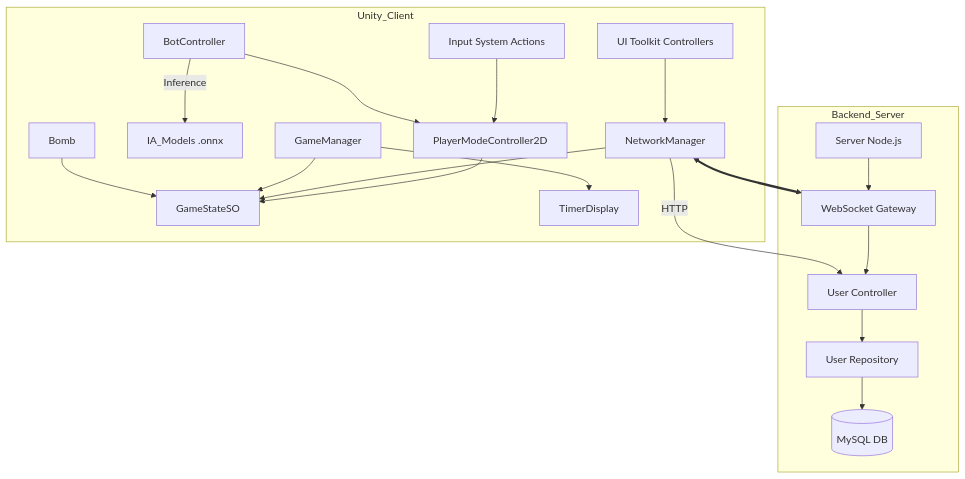
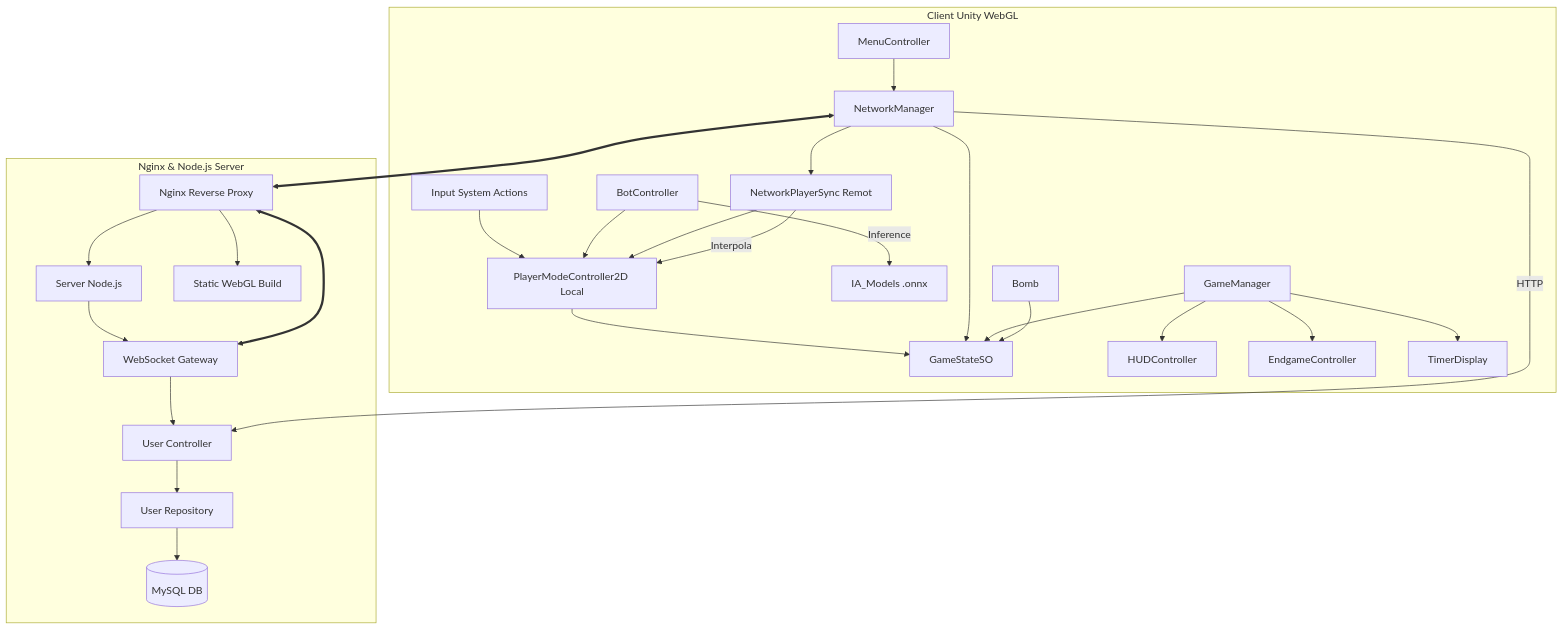
Before and after one commit to inspedralbes/tr3-joc-tr-3joc_kimgalicio: the diagram in doc/context/06_SYSTEM_MAP.md, drawn with Mermaid. The commit also changed other lines of this file and 10 other files, not shown here.

Commit message:
docs: add comprehensive project documentation covering architecture, specifications, planning, and backlog updates

````diff
--- a/doc/context/06_SYSTEM_MAP.md
+++ b/doc/context/06_SYSTEM_MAP.md
@@ -5,27 +5,39 @@
 ```mermaid
 graph TD
     %% Client Unity
-    subgraph Unity_Client
-        ISA[Input System Actions] --> PC[PlayerModeController2D]
+    subgraph Unity_Client[Client Unity WebGL]
+        ISA[Input System Actions] --> PC[PlayerModeController2D Local]
         BC[BotController] --> PC
         BC -- Inference --> IM[IA_Models .onnx]
+        
+        NPS[NetworkPlayerSync Remot] --> PC
+        NPS -- "Interpola" --> PC
+        
         PC --> GSO[GameStateSO]
         NM[NetworkManager] --> GSO
+        NM --> NPS
+        
         GM[GameManager] --> GSO
+        GM --> HUD[HUDController]
+        GM --> EC[EndgameController]
         GM --> TD[TimerDisplay]
         B[Bomb] --> GSO
-        UI[UI Toolkit Controllers] --> NM
+        
+        UI[MenuController] --> NM
     end
 
     %% Backend
-    subgraph Backend_Server
-        S[Server Node.js] --> WS[WebSocket Gateway]
+    subgraph Backend_Server[Nginx & Node.js Server]
+        Nginx[Nginx Reverse Proxy] --> S[Server Node.js]
+        Nginx --> WebGL_Files[Static WebGL Build]
+        S --> WS[WebSocket Gateway]
         WS --> UC[User Controller]
         UC --> UR[User Repository]
         UR --> DB[(MySQL DB)]
     end
 
     %% Connexions
-    NM <==> WS
+    NM <==> Nginx
+    Nginx <==> WS
     NM -- HTTP --> UC
 ```
````
